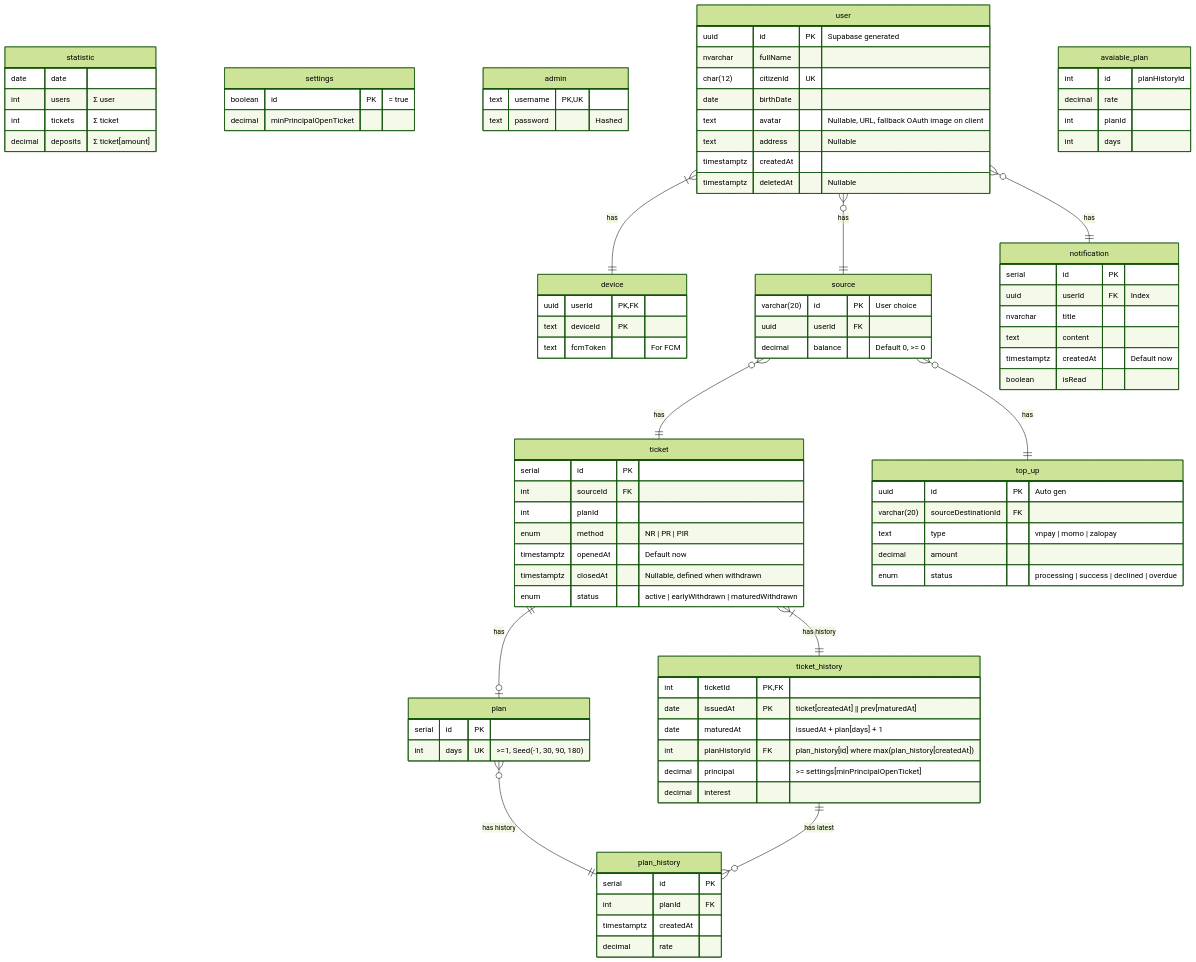
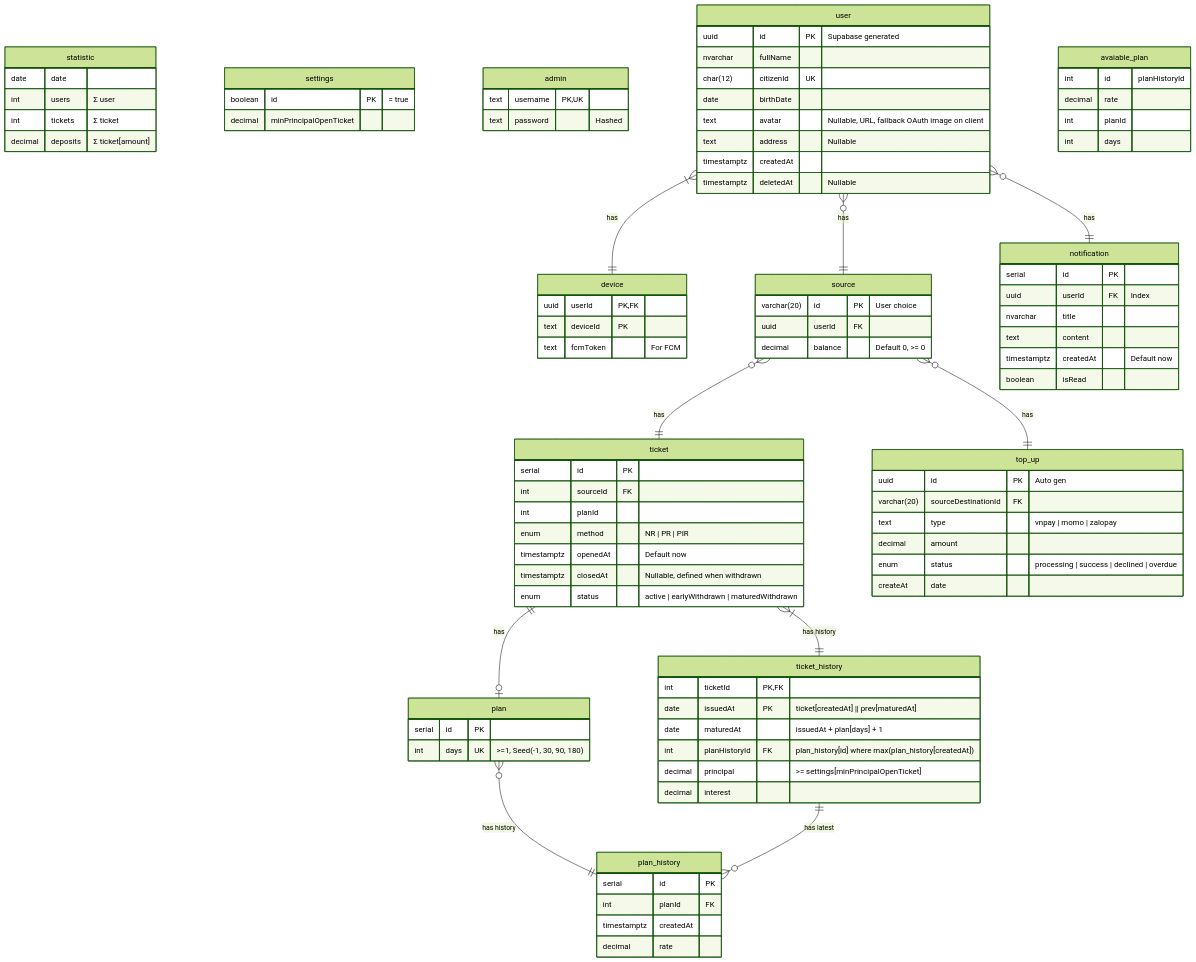
The diagram in docs/diagrams/database/index.md (coinhub-uit/coinhub-uit.github.io), drawn with Mermaid (forest theme) before and after one commit. The commit also changed other lines of this file and 1 other file, not shown here.

```diff
--- a/docs/diagrams/database/index.md
+++ b/docs/diagrams/database/index.md
@@ -99,6 +108,7 @@
     text type "vnpay | momo | zalopay"
     decimal amount
     enum status "processing | success | declined | overdue"
+    createAt date
   }
 
   user }o--|| notification : "has"
```
